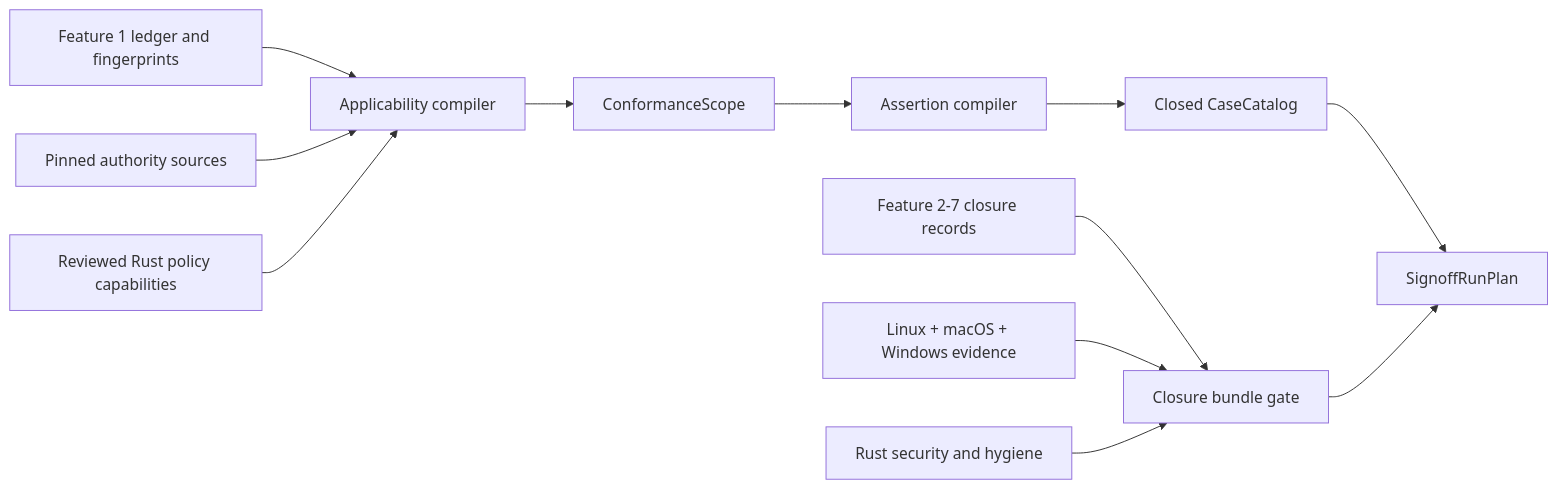
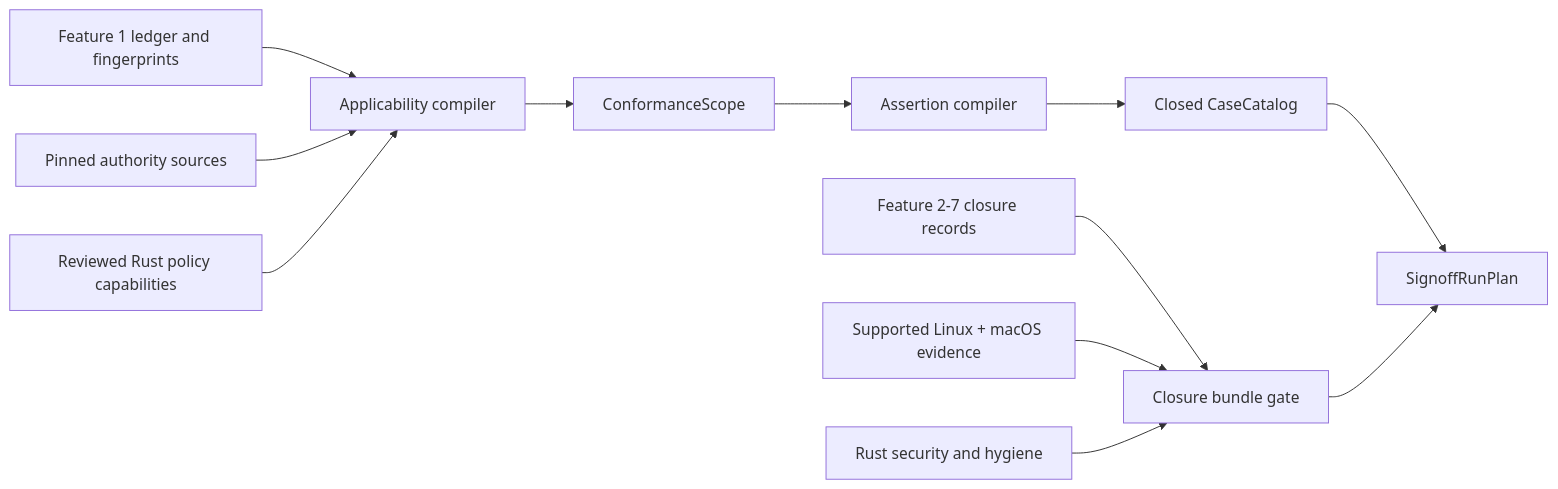
The first of 6 diagrams in .kiro/specs/rust-sdk-conformance-security/design.md (tokeira/dagger-rust-sdk), drawn with Mermaid before and after one commit. The commit also changed other lines of this file and 94 other files, not shown here.

````diff
--- a/.kiro/specs/rust-sdk-conformance-security/design.md
+++ b/.kiro/specs/rust-sdk-conformance-security/design.md
@@ -339,14 +353,14 @@
 ```mermaid
 flowchart LR
     LEDGER["Feature 1 ledger and fingerprints"] --> APP["Applicability compiler"]
     AUTH["Pinned authority sources"] --> APP
     POLICY["Reviewed Rust policy capabilities"] --> APP
     APP --> SCOPE["ConformanceScope"]
     SCOPE --> ASSERT["Assertion compiler"]
     ASSERT --> CASES["Closed CaseCatalog"]
     CHILD["Feature 2-7 closure records"] --> CLOSURE["Closure bundle gate"]
-    NATIVE["Linux + macOS + Windows evidence"] --> CLOSURE
+    NATIVE["Supported Linux + macOS evidence"] --> CLOSURE
     HYGIENE["Rust security and hygiene"] --> CLOSURE
     CASES --> PLAN["SignoffRunPlan"]
     CLOSURE --> PLAN
 ```
````
